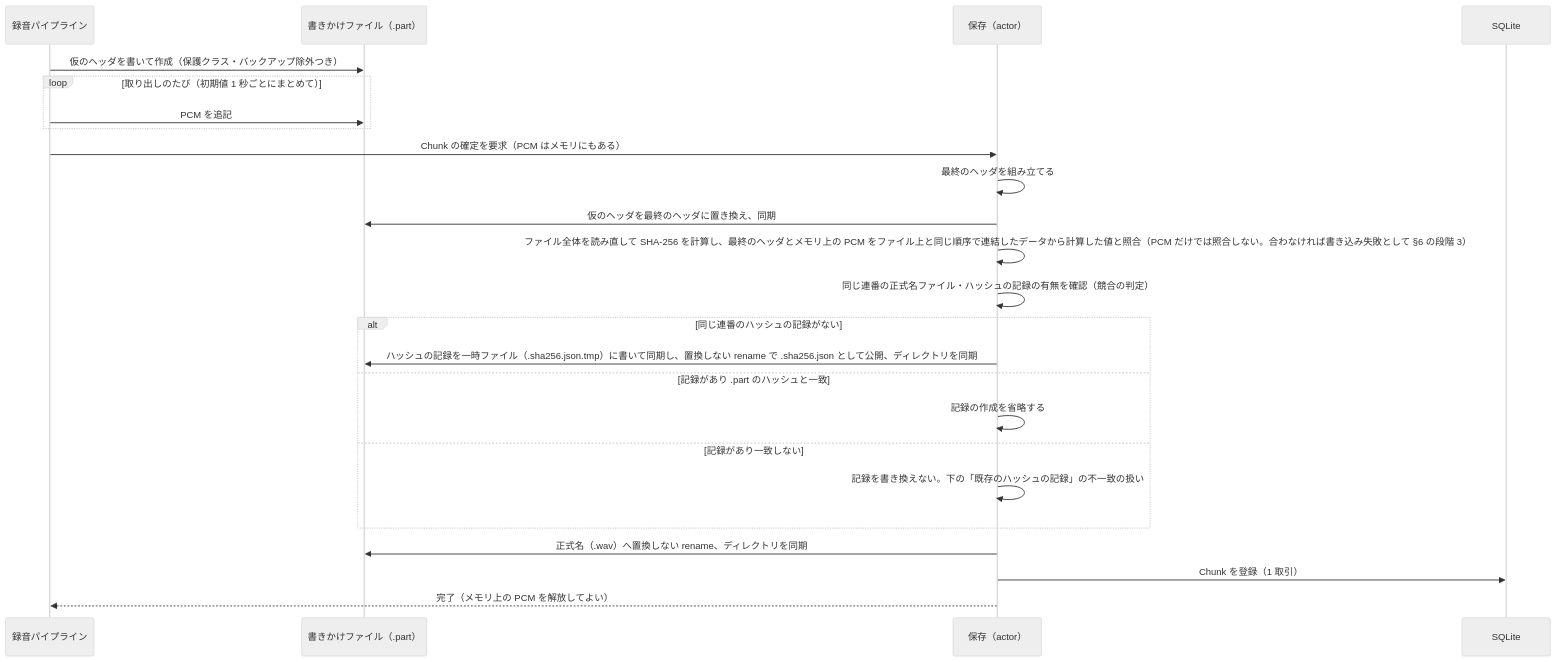
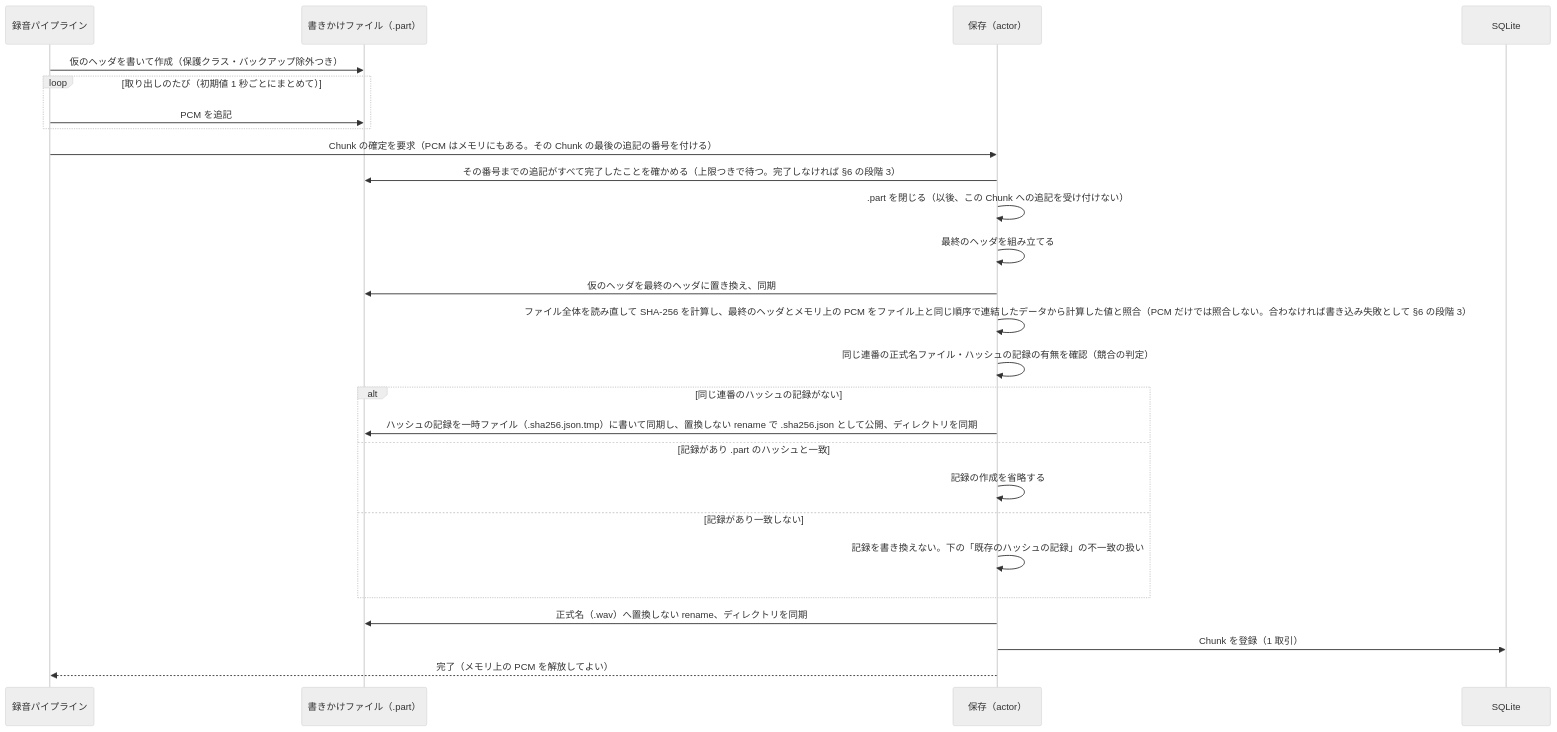
The first of 3 diagrams in docs/02-basic-design/storage.md (myoshi2891/Minutes-Mobile), drawn with Mermaid (neutral theme) before and after one commit. The commit also changed other lines of this file and 2 other files, not shown here.

````diff
--- a/docs/02-basic-design/storage.md
+++ b/docs/02-basic-design/storage.md
@@ -121,26 +121,28 @@
 ```mermaid
 sequenceDiagram
     participant P as 録音パイプライン
     participant F as 書きかけファイル（.part）
     participant S as 保存（actor）
     participant D as SQLite
     P->>F: 仮のヘッダを書いて作成（保護クラス・バックアップ除外つき）
     loop 取り出しのたび（初期値 1 秒ごとにまとめて）
         P->>F: PCM を追記
     end
-    P->>S: Chunk の確定を要求（PCM はメモリにもある）
+    P->>S: Chunk の確定を要求（PCM はメモリにもある。その Chunk の最後の追記の番号を付ける）
+    S->>F: その番号までの追記がすべて完了したことを確かめる（上限つきで待つ。完了しなければ §6 の段階 3）
+    S->>S: .part を閉じる（以後、この Chunk への追記を受け付けない）
     S->>S: 最終のヘッダを組み立てる
     S->>F: 仮のヘッダを最終のヘッダに置き換え、同期
     S->>S: ファイル全体を読み直して SHA-256 を計算し、最終のヘッダとメモリ上の PCM をファイル上と同じ順序で連結したデータから計算した値と照合（PCM だけでは照合しない。合わなければ書き込み失敗として §6 の段階 3）
     S->>S: 同じ連番の正式名ファイル・ハッシュの記録の有無を確認（競合の判定）
     alt 同じ連番のハッシュの記録がない
         S->>F: ハッシュの記録を一時ファイル（.sha256.json.tmp）に書いて同期し、置換しない rename で .sha256.json として公開、ディレクトリを同期
     else 記録があり .part のハッシュと一致
         S->>S: 記録の作成を省略する
     else 記録があり一致しない
         S->>S: 記録を書き換えない。下の「既存のハッシュの記録」の不一致の扱い
     end
     S->>F: 正式名（.wav）へ置換しない rename、ディレクトリを同期
     S->>D: Chunk を登録（1 取引）
     S-->>P: 完了（メモリ上の PCM を解放してよい）
 ```
````
